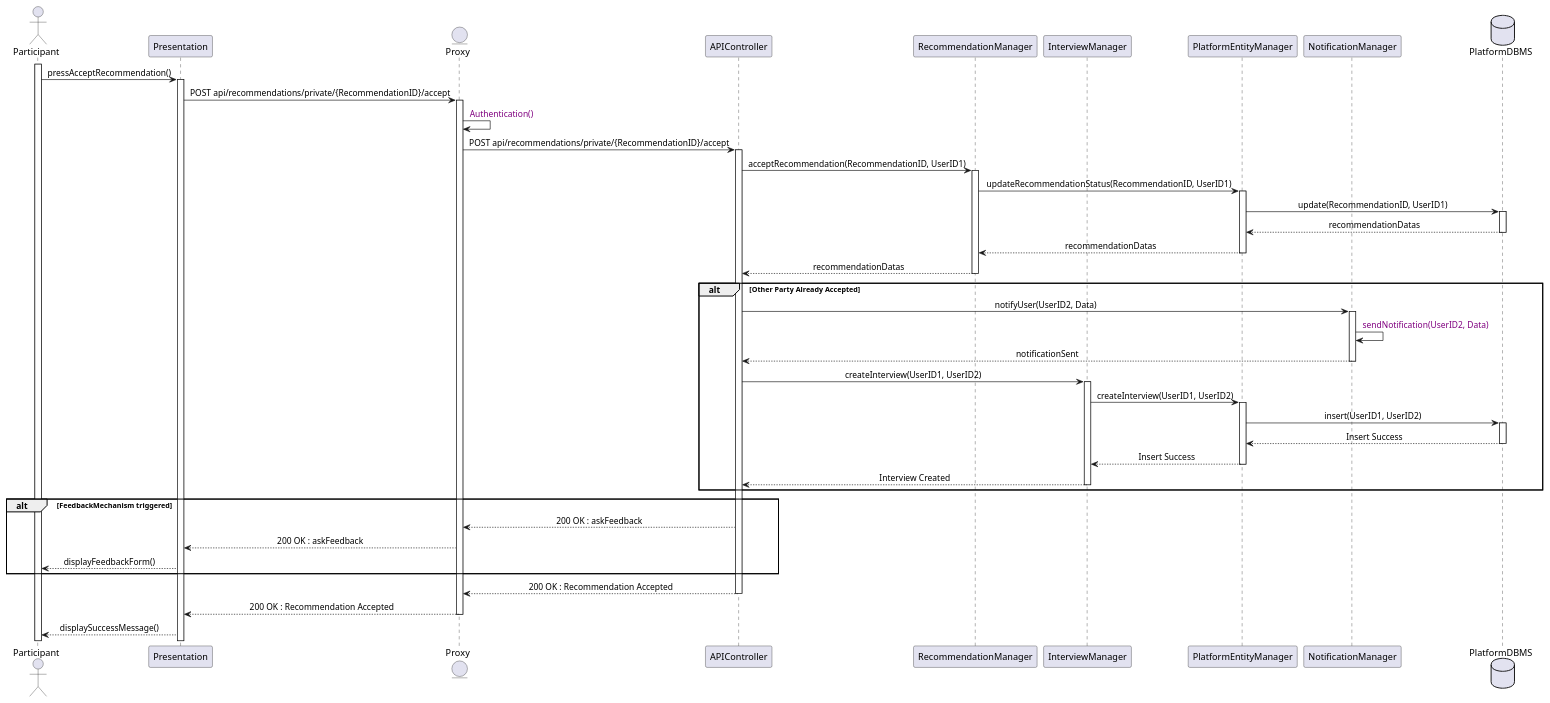
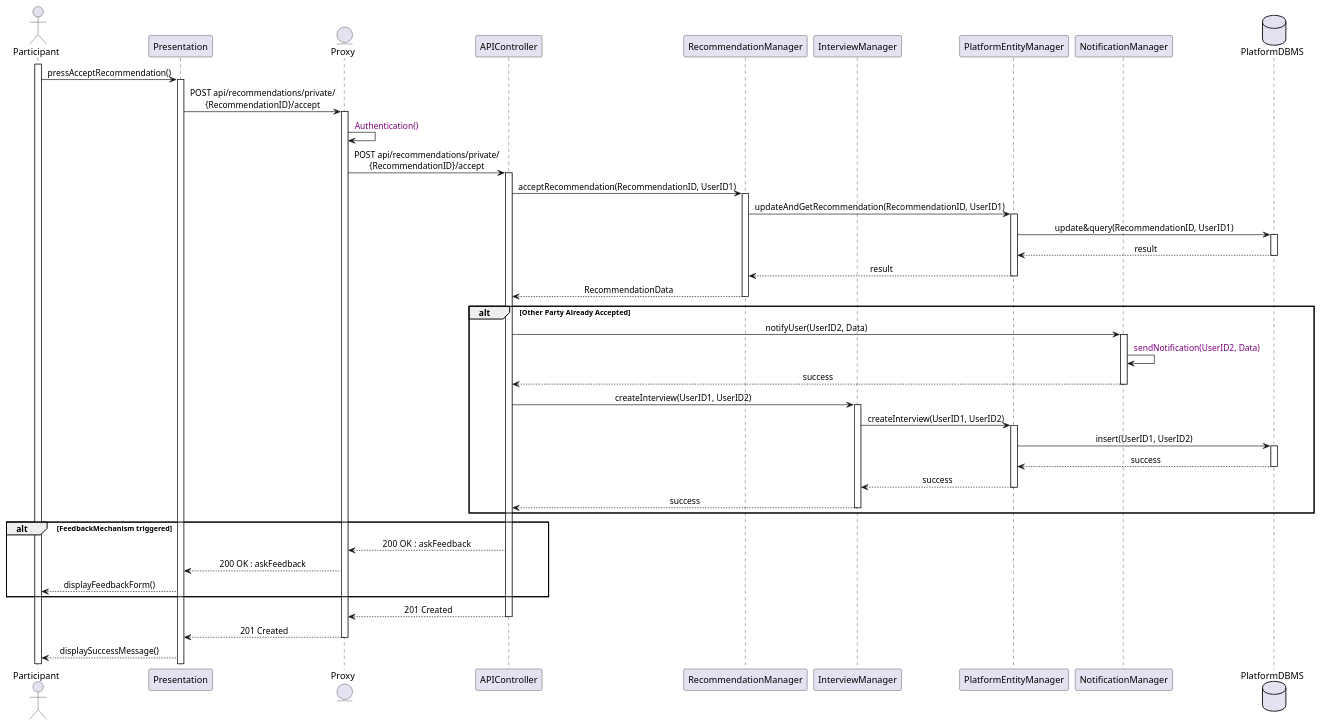
One commit to Slaitroc/RicciPaoliGrisoni changed the diagram in Diagrams/SequenceDiagrams/DD/6.1ParticipantAcceptsMatch.wsd. Above: the diagram before and after it, drawn with PlantUML.

Commit message:
Refactor 6.1ParticipantsAcceptsMatch.wsd SequenceDiagram

```diff
--- a/Diagrams/SequenceDiagrams/DD/6.1ParticipantAcceptsMatch.wsd
+++ b/Diagrams/SequenceDiagrams/DD/6.1ParticipantAcceptsMatch.wsd
@@ -1,51 +1,51 @@
 @startuml AcceptRecommendation
 skinparam sequenceMessageAlign center
 actor       Participant
 participant  Presentation
 entity      Proxy
 participant APIController
 participant RecommendationManager
 participant InterviewManager
 participant PlatformEntityManager
 participant NotificationManager
 database    PlatformDBMS
 
 activate Participant
 Participant -> Presentation : pressAcceptRecommendation()
 activate Presentation
-Presentation -> Proxy : POST api/recommendations/private/{RecommendationID}/accept
+Presentation -> Proxy : POST api/recommendations/private/\n{RecommendationID}/accept
 activate Proxy
 Proxy -> Proxy : <color:purple> Authentication()
 
-Proxy -> APIController ++ : POST api/recommendations/private/{RecommendationID}/accept
+Proxy -> APIController ++ : POST api/recommendations/private/\n{RecommendationID}/accept
 APIController -> RecommendationManager ++ : acceptRecommendation(RecommendationID, UserID1)
-RecommendationManager -> PlatformEntityManager ++ : updateRecommendationStatus(RecommendationID, UserID1)
-PlatformEntityManager -> PlatformDBMS ++ : update(RecommendationID, UserID1)
-PlatformDBMS --> PlatformEntityManager -- : recommendationDatas
-PlatformEntityManager --> RecommendationManager -- : recommendationDatas
-RecommendationManager --> APIController -- : recommendationDatas
+RecommendationManager -> PlatformEntityManager ++ : updateAndGetRecommendation(RecommendationID, UserID1)
+PlatformEntityManager -> PlatformDBMS ++ : update&query(RecommendationID, UserID1)
+PlatformDBMS --> PlatformEntityManager -- : result
+PlatformEntityManager --> RecommendationManager -- : result
+RecommendationManager --> APIController -- : RecommendationData
 
 alt Other Party Already Accepted
     APIController -> NotificationManager ++ : notifyUser(UserID2, Data)
     NotificationManager -> NotificationManager : <color:purple> sendNotification(UserID2, Data)
-    NotificationManager --> APIController -- : notificationSent
+    NotificationManager --> APIController -- : success
     APIController -> InterviewManager ++ : createInterview(UserID1, UserID2)
     InterviewManager -> PlatformEntityManager ++ : createInterview(UserID1, UserID2)
     PlatformEntityManager -> PlatformDBMS ++ : insert(UserID1, UserID2)
-    PlatformDBMS --> PlatformEntityManager -- : Insert Success
-    PlatformEntityManager --> InterviewManager -- : Insert Success
-    InterviewManager --> APIController -- : Interview Created
+    PlatformDBMS --> PlatformEntityManager -- : success
+    PlatformEntityManager --> InterviewManager -- : success
+    InterviewManager --> APIController -- : success
 end
 alt FeedbackMechanism triggered
-    APIController --> Proxy : 200 OK : askFeedback
+    APIController --> Proxy : 200 OK  : askFeedback
     Proxy --> Presentation : 200 OK : askFeedback
     Presentation --> Participant : displayFeedbackForm()
 end
 
-APIController --> Proxy : 200 OK : Recommendation Accepted
+APIController --> Proxy : 201 Created  
 deactivate APIController
-Proxy --> Presentation : 200 OK : Recommendation Accepted
+Proxy --> Presentation : 201 Created 
 deactivate Proxy
 Presentation --> Participant : displaySuccessMessage()
 
 @enduml
```
